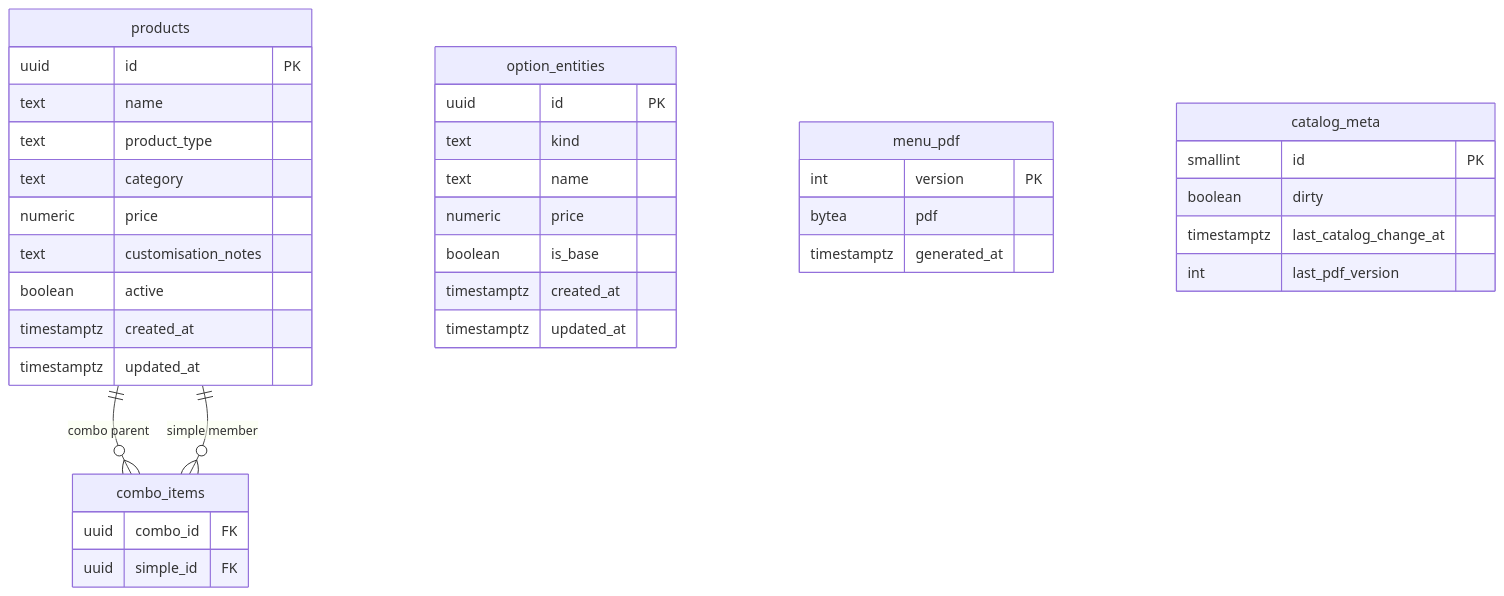
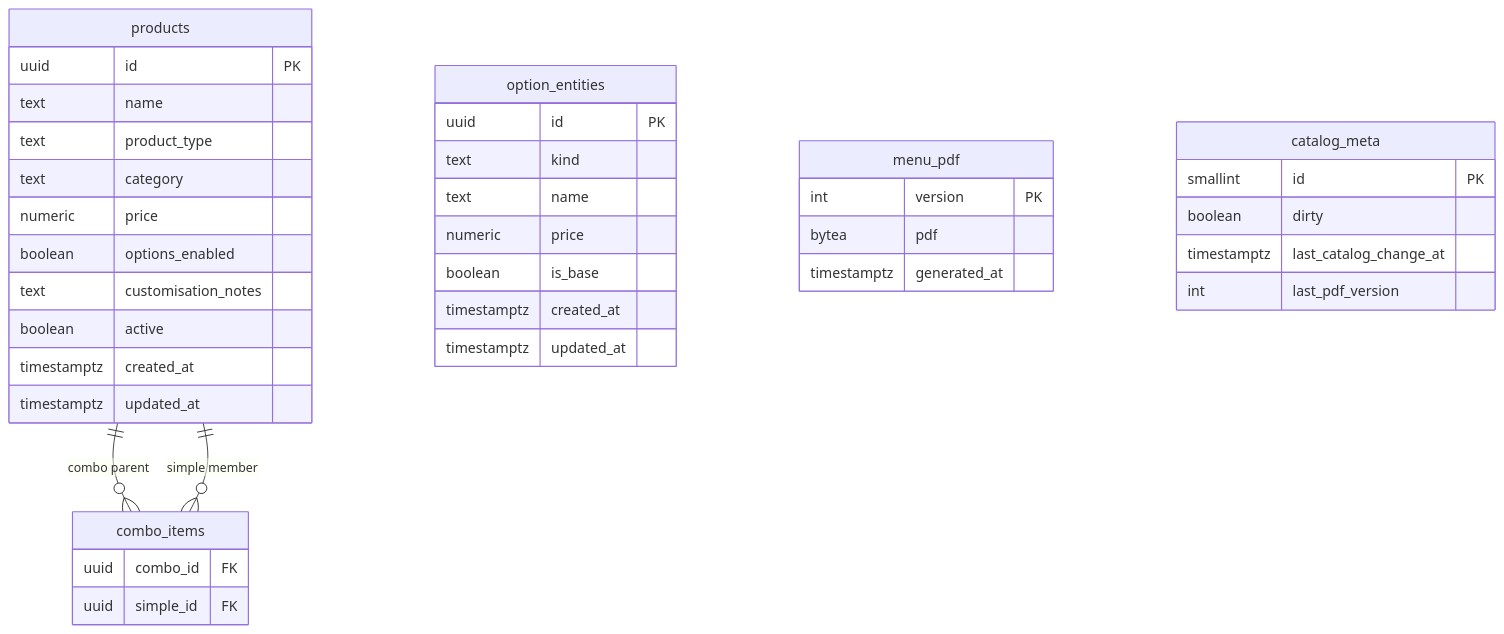
One commit to PereRohit/create-your-pizza changed the second of 9 diagrams in docs/design.md. Above: the diagram before and after it, drawn with Mermaid. The commit also changed other lines of this file and 4 other files, not shown here.

````diff
--- a/docs/design.md
+++ b/docs/design.md
@@ -139,40 +139,41 @@
 ```mermaid
 erDiagram
   products ||--o{ combo_items : "combo parent"
   products ||--o{ combo_items : "simple member"
   products {
     uuid id PK
     text name
     text product_type
     text category
     numeric price
+    boolean options_enabled
     text customisation_notes
     boolean active
     timestamptz created_at
     timestamptz updated_at
   }
   combo_items {
     uuid combo_id FK
     uuid simple_id FK
   }
   option_entities {
     uuid id PK
     text kind
     text name
     numeric price
     boolean is_base
     timestamptz created_at
     timestamptz updated_at
   }
   menu_pdf {
     int version PK
     bytea pdf
     timestamptz generated_at
   }
   catalog_meta {
     smallint id PK
     boolean dirty
     timestamptz last_catalog_change_at
     int last_pdf_version
   }
 ```
````
